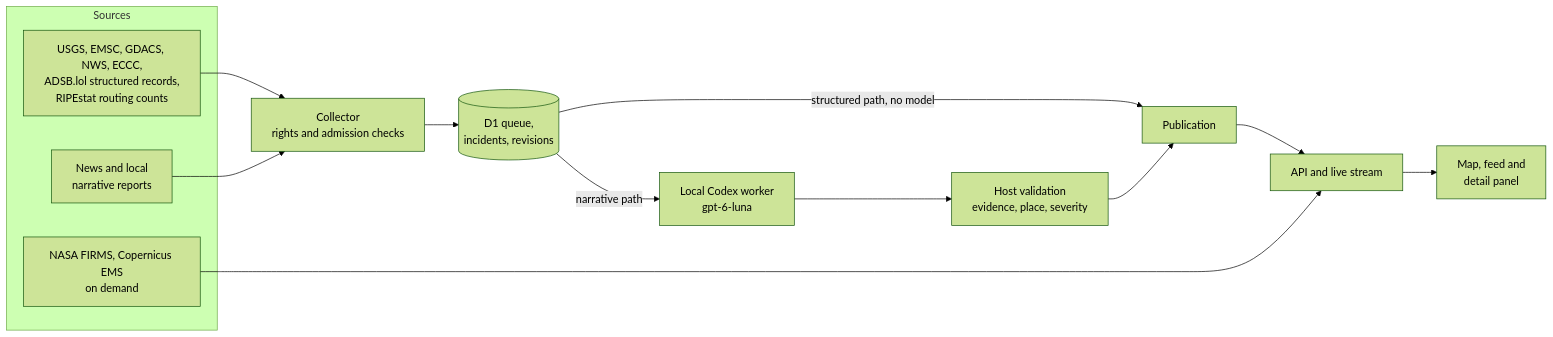
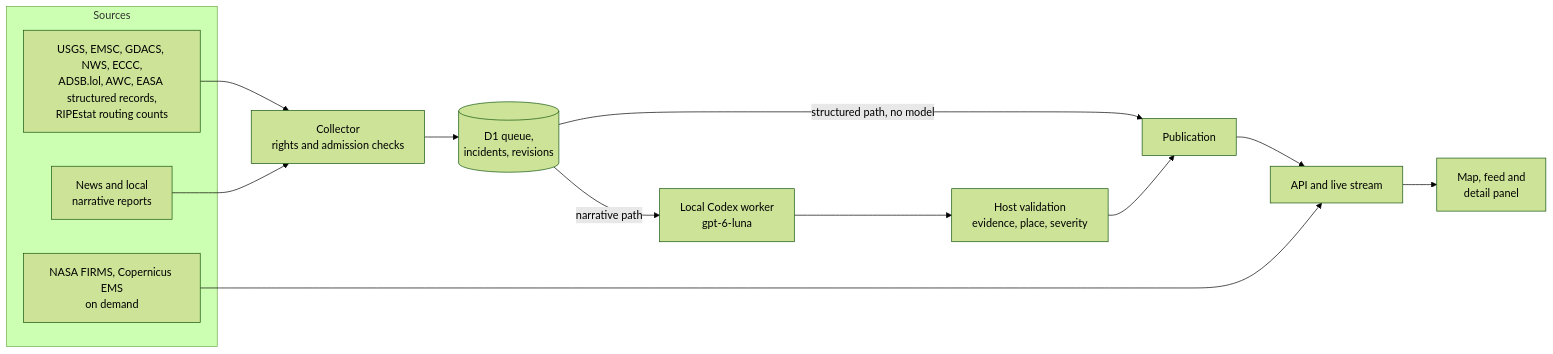
The diagram in README.md (fortunexbt/world-watch), drawn with Mermaid (forest theme) before and after one commit. The commit also changed other lines of this file and 20 other files, not shown here.

````diff
--- a/README.md
+++ b/README.md
@@ -36,18 +36,18 @@
 ```mermaid
 flowchart LR
   subgraph Sources
-    S1[USGS, EMSC, GDACS, NWS, ECCC,<br/>ADSB.lol structured records,<br/>RIPEstat routing counts]
+    S1[USGS, EMSC, GDACS, NWS, ECCC,<br/>ADSB.lol, AWC, EASA structured records,<br/>RIPEstat routing counts]
     S2[News and local<br/>narrative reports]
     S3[NASA FIRMS, Copernicus EMS<br/>on demand]
   end
   S1 --> C[Collector<br/>rights and admission checks]
   S2 --> C
   C --> D[(D1 queue,<br/>incidents, revisions)]
   D -->|structured path, no model| P[Publication]
   D -->|narrative path| W[Local Codex worker<br/>gpt-6-luna]
   W --> V[Host validation<br/>evidence, place, severity]
   V --> P
   P --> A[API and live stream]
   S3 --> A
   A --> M[Map, feed and<br/>detail panel]
 ```
````
